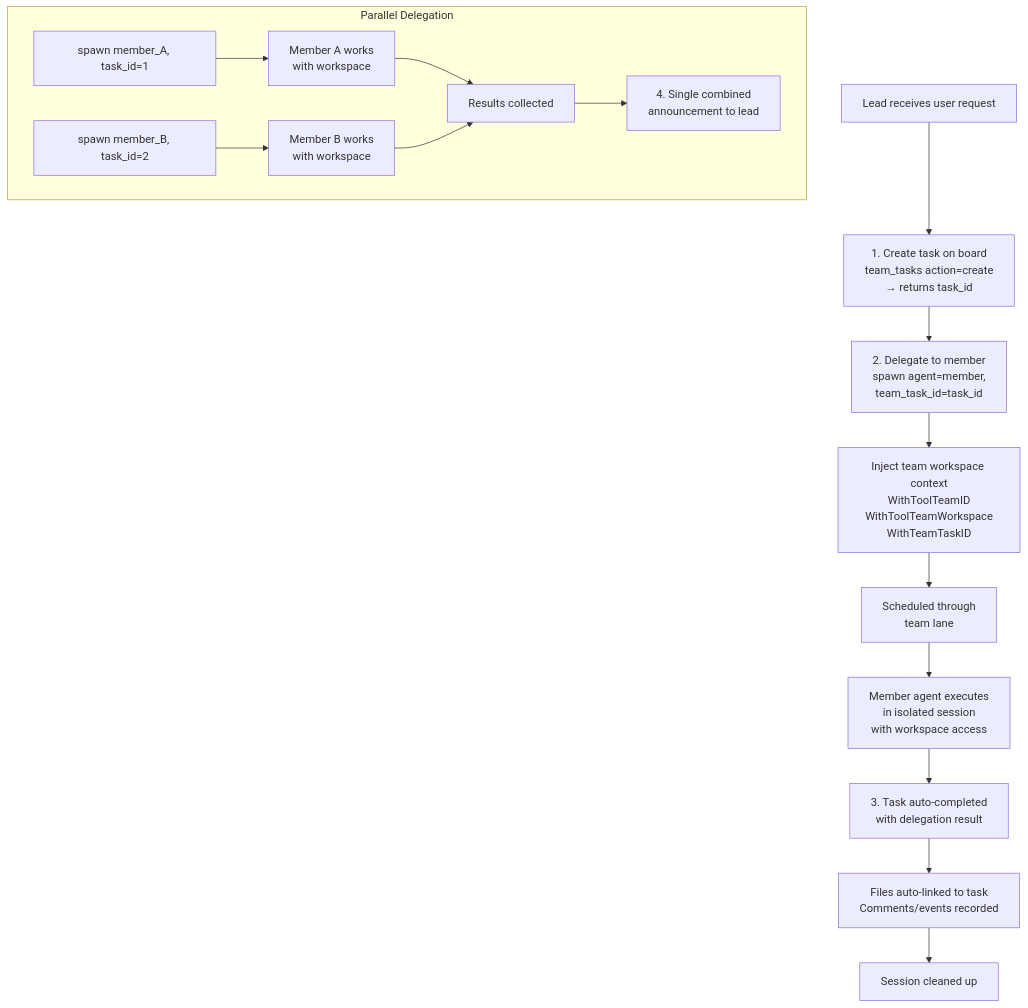
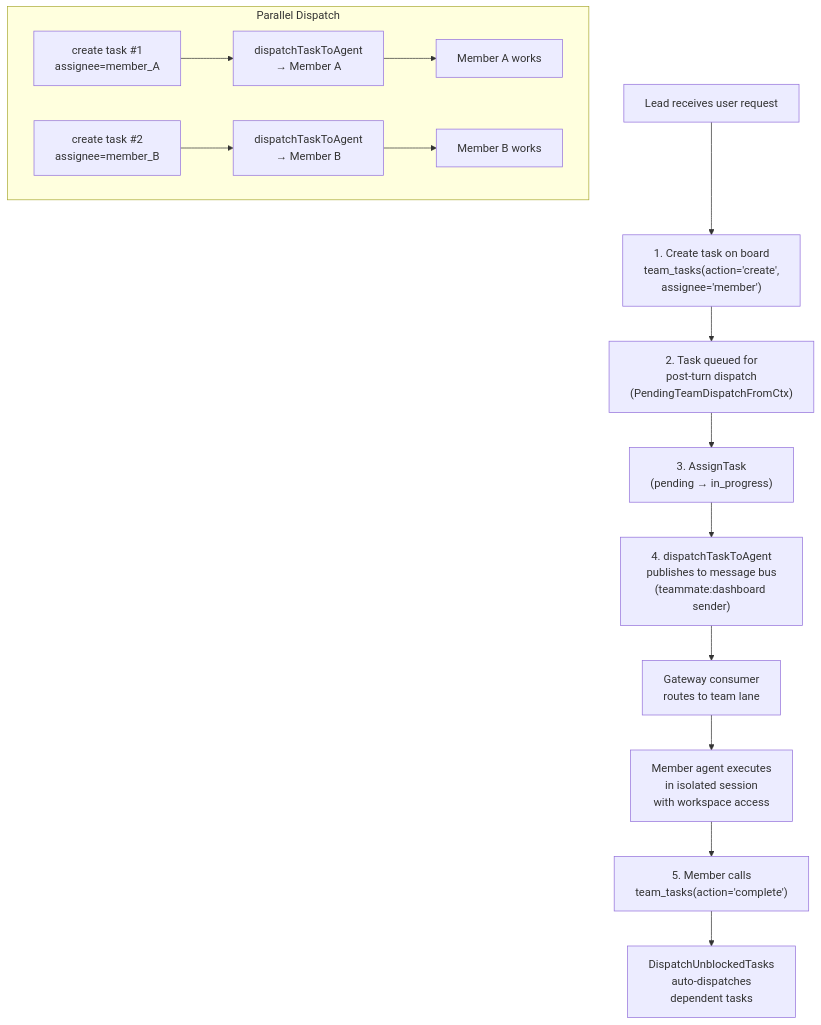
One commit to qkhalk/goclaw changed the fifth of 6 diagrams in docs/11-agent-teams.md. Above: the diagram before and after it, drawn with Mermaid. The commit also changed other lines of this file, not shown here.

First line of the commit message:
docs: update agent teams Section 7 to match task dispatch flow

````diff
--- a/docs/11-agent-teams.md
+++ b/docs/11-agent-teams.md
@@ -413,19 +413,18 @@
 ```mermaid
 flowchart TD
-    LEAD["Lead receives user request"] --> CREATE["1. Create task on board<br/>team_tasks action=create<br/>→ returns task_id"]
-    CREATE --> SPAWN["2. Delegate to member<br/>spawn agent=member,<br/>team_task_id=task_id"]
-    SPAWN --> INJECT["Inject team workspace context<br/>WithToolTeamID<br/>WithToolTeamWorkspace<br/>WithTeamTaskID"]
-    INJECT --> LANE["Scheduled through<br/>team lane"]
-    LANE --> MEMBER["Member agent executes<br/>in isolated session<br/>with workspace access"]
-    MEMBER --> COMPLETE["3. Task auto-completed<br/>with delegation result"]
-    COMPLETE --> DISPATCH["Files auto-linked to task<br/>Comments/events recorded"]
-    DISPATCH --> CLEANUP["Session cleaned up"]
+    LEAD["Lead receives user request"] --> CREATE["1. Create task on board<br/>team_tasks(action='create',<br/>assignee='member')"]
+    CREATE --> QUEUE["2. Task queued for<br/>post-turn dispatch<br/>(PendingTeamDispatchFromCtx)"]
+    QUEUE --> ASSIGN["3. AssignTask<br/>(pending → in_progress)"]
+    ASSIGN --> DISPATCH["4. dispatchTaskToAgent<br/>publishes to message bus<br/>(teammate:dashboard sender)"]
+    DISPATCH --> CONSUMER["Gateway consumer<br/>routes to team lane"]
+    CONSUMER --> MEMBER["Member agent executes<br/>in isolated session<br/>with workspace access"]
+    MEMBER --> COMPLETE["5. Member calls<br/>team_tasks(action='complete')"]
+    COMPLETE --> UNBLOCK["DispatchUnblockedTasks<br/>auto-dispatches<br/>dependent tasks"]
 
-    subgraph "Parallel Delegation"
-        SPAWN2["spawn member_A, task_id=1"] --> RUN_A["Member A works<br/>with workspace"]
-        SPAWN3["spawn member_B, task_id=2"] --> RUN_B["Member B works<br/>with workspace"]
-        RUN_A --> COLLECT["Results collected"]
-        RUN_B --> COLLECT
-        COLLECT --> ANNOUNCE["4. Single combined<br/>announcement to lead"]
+    subgraph "Parallel Dispatch"
+        CREATE2["create task #1<br/>assignee=member_A"] --> DISPATCH_A["dispatchTaskToAgent<br/>→ Member A"]
+        CREATE3["create task #2<br/>assignee=member_B"] --> DISPATCH_B["dispatchTaskToAgent<br/>→ Member B"]
+        DISPATCH_A --> RUN_A["Member A works"]
+        DISPATCH_B --> RUN_B["Member B works"]
     end
 ```
````
